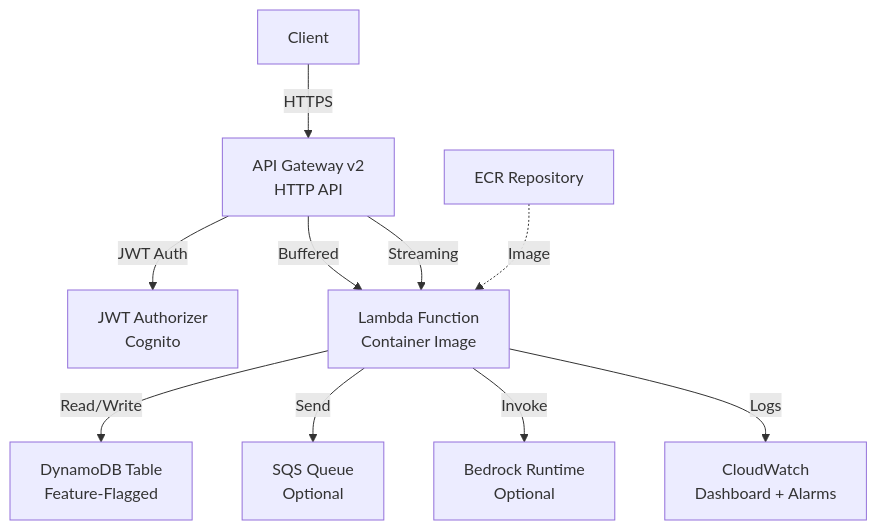
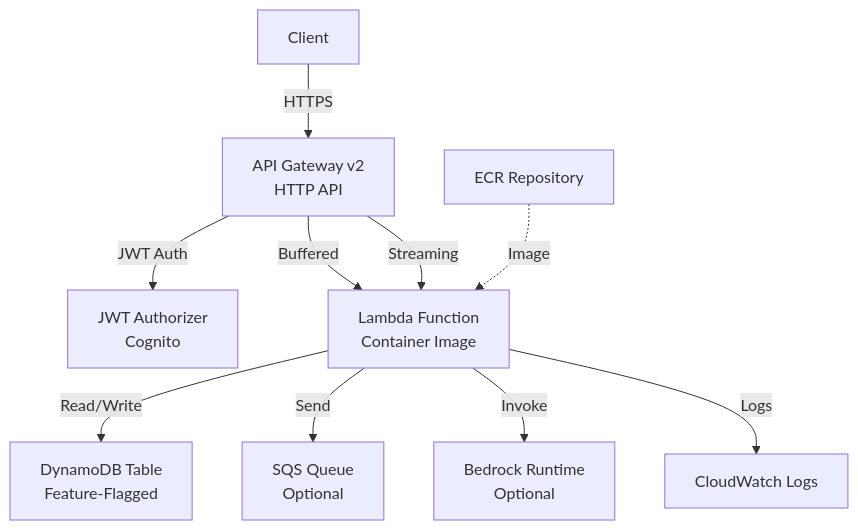
The diagram in docs/docs/stacks/backend/deployment-arch.md (aws-samples/sample-innovation-patterns), drawn with Mermaid before and after one commit. The commit also changed other lines of this file and 14 other files, not shown here.

````diff
--- a/docs/docs/stacks/backend/deployment-arch.md
+++ b/docs/docs/stacks/backend/deployment-arch.md
@@ -10,12 +10,12 @@
 ```mermaid
 graph TD
     Client[Client] -->|HTTPS| APIGW[API Gateway v2<br/>HTTP API]
     APIGW -->|JWT Auth| Auth[JWT Authorizer<br/>Cognito]
     APIGW -->|Buffered| Lambda[Lambda Function<br/>Container Image]
     APIGW -->|Streaming| Lambda
     Lambda -->|Read/Write| DDB[DynamoDB Table<br/>Feature-Flagged]
     Lambda -->|Send| SQS[SQS Queue<br/>Optional]
     Lambda -->|Invoke| Bedrock[Bedrock Runtime<br/>Optional]
-    Lambda -->|Logs| CW[CloudWatch<br/>Dashboard + Alarms]
+    Lambda -->|Logs| CWLogs[CloudWatch Logs]
     ECR[ECR Repository] -.->|Image| Lambda
 ```
````
